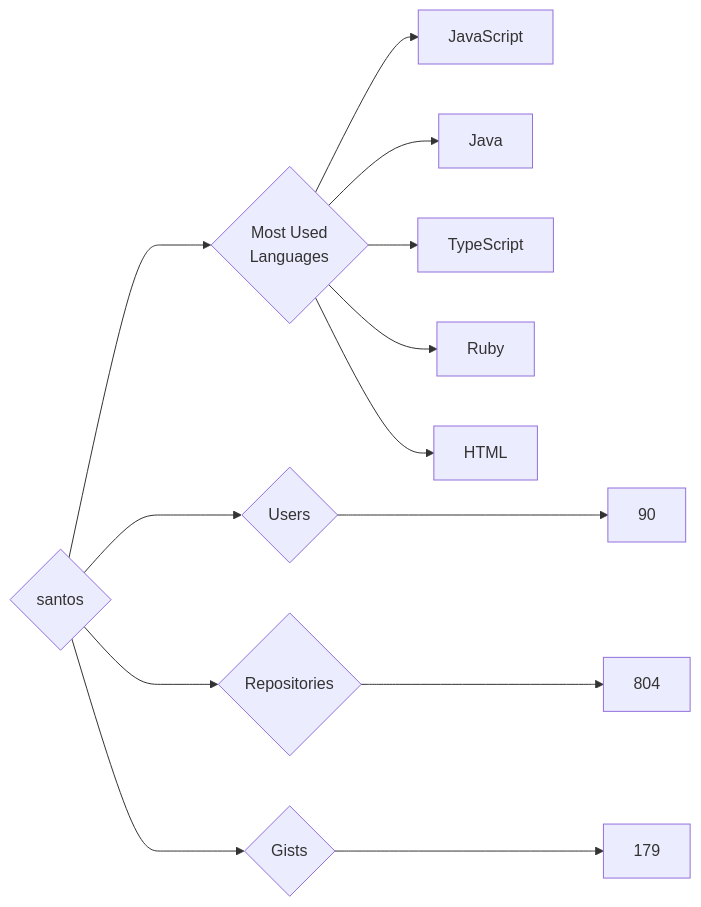
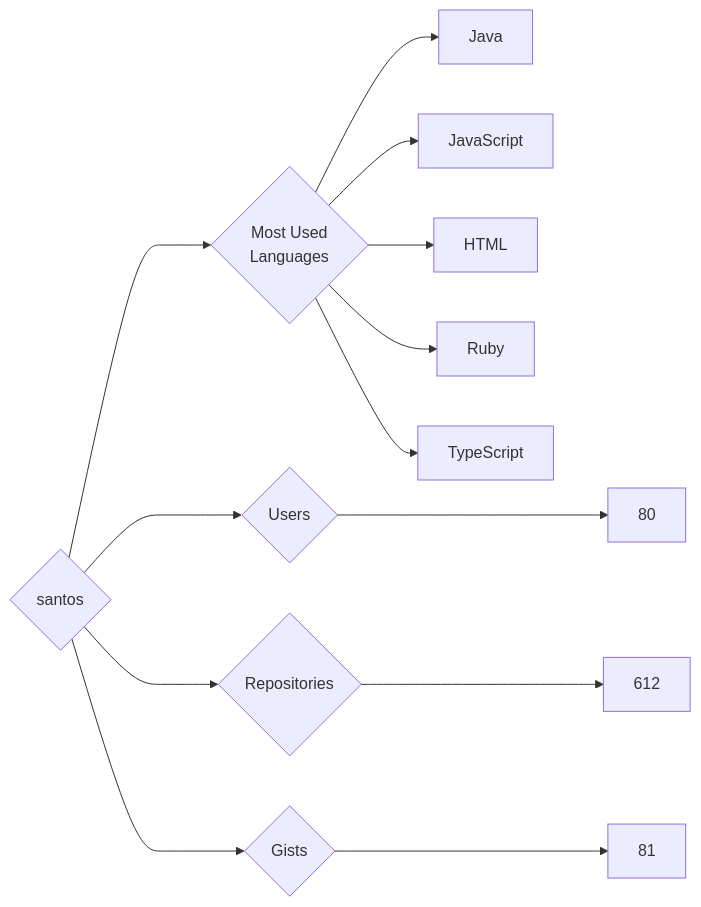
Before and after one commit to trickest/insiders: the diagram in targets/santos/README.md, drawn with Mermaid. The commit also changed 695 other files, not shown here.

````diff
--- a/targets/santos/README.md
+++ b/targets/santos/README.md
@@ -3,13 +3,13 @@
 ```mermaid
 graph LR
 COMPANY_NAME{santos}
-COMPANY_NAME ---> U{Users} ---> UN[90]
-COMPANY_NAME ---> R{Repositories} ---> RN[804]
-COMPANY_NAME ---> G{Gists} ---> GN[179]
+COMPANY_NAME ---> U{Users} ---> UN[80]
+COMPANY_NAME ---> R{Repositories} ---> RN[612]
+COMPANY_NAME ---> G{Gists} ---> GN[81]
 COMPANY_NAME ---> ML{Most Used<br>Languages}
+ML --> Java[Java]
 ML --> JavaScript[JavaScript]
-ML --> Java[Java]
+ML --> HTML[HTML]
+ML --> Ruby[Ruby]
 ML --> TypeScript[TypeScript]
-ML --> Ruby[Ruby]
-ML --> HTML[HTML]
 ```
````
